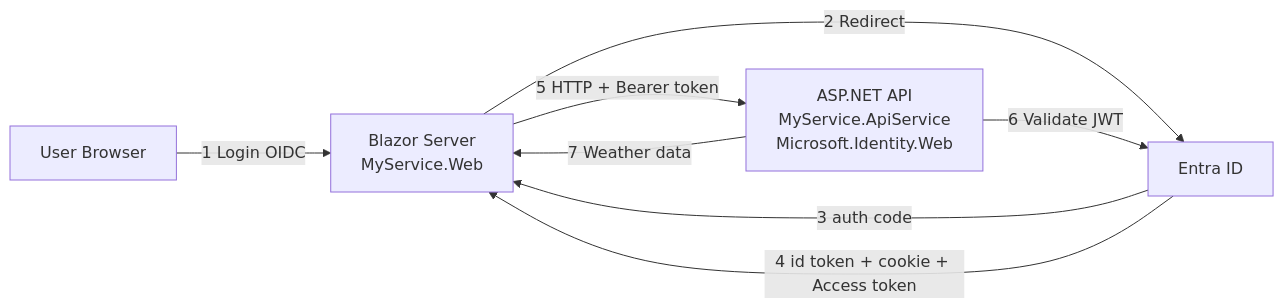
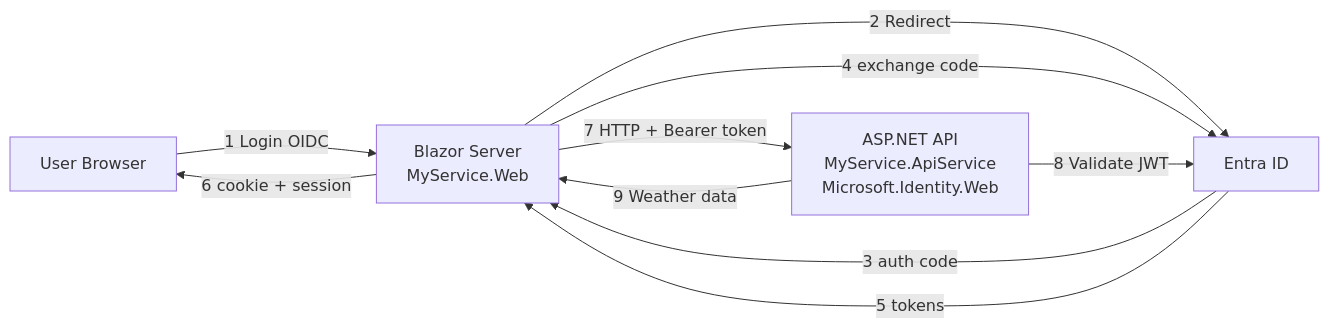
The diagram in docs/frameworks/aspire.md (AzureAD/microsoft-identity-web), drawn with Mermaid before and after one commit. The commit also changed other lines of this file, not shown here.

````diff
--- a/docs/frameworks/aspire.md
+++ b/docs/frameworks/aspire.md
@@ -293,10 +313,12 @@
 ```mermaid
 flowchart LR
   A[User Browser] -->|1 Login OIDC| B[Blazor Server<br/>MyService.Web]
   B -->|2 Redirect| C[Entra ID]
   C -->|3 auth code| B
-  C -->|4 id token + cookie + Access token| B
-  B -->|5 HTTP + Bearer token| D[ASP.NET API<br/>MyService.ApiService<br/>Microsoft.Identity.Web]
-  D -->|6 Validate JWT| C
-  D -->|7 Weather data| B
+  B -->|4 exchange code| C
+  C -->|5 tokens| B
+  B -->|6 cookie + session| A
+  B -->|7 HTTP + Bearer token| D[ASP.NET API<br/>MyService.ApiService<br/>Microsoft.Identity.Web]
+  D -->|8 Validate JWT| C
+  D -->|9 Weather data| B
 ```
````
